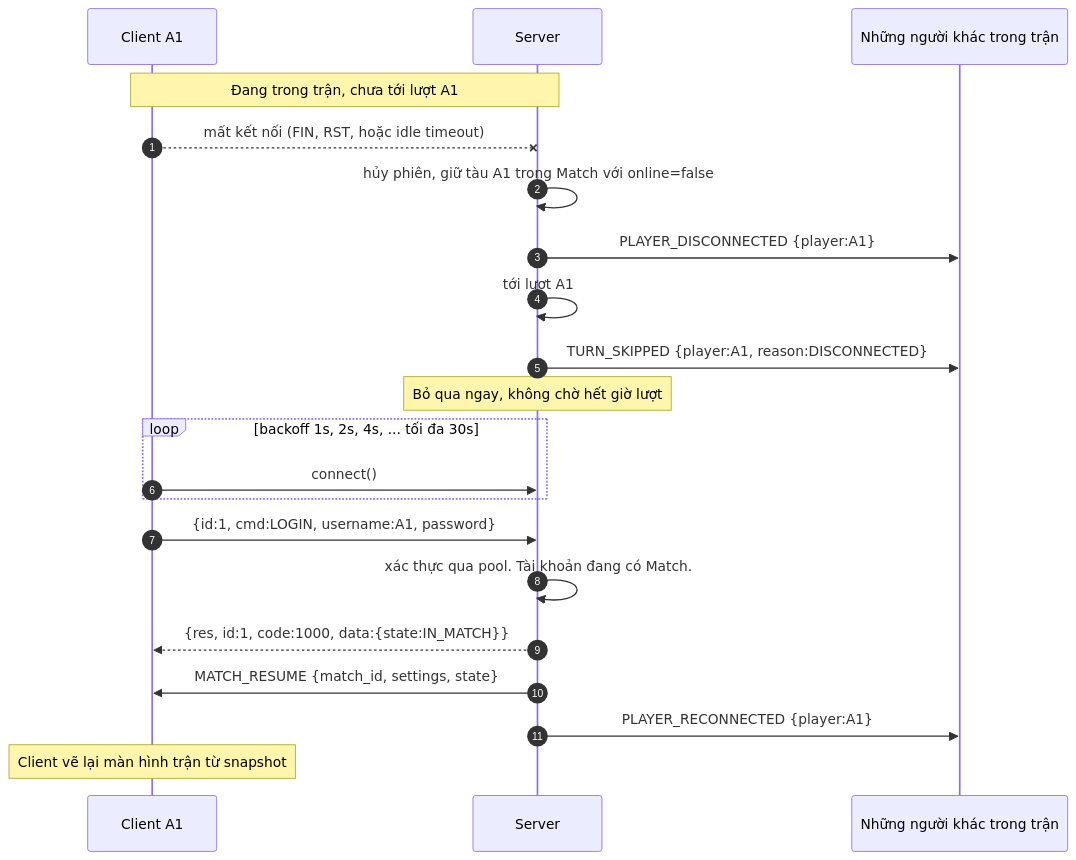
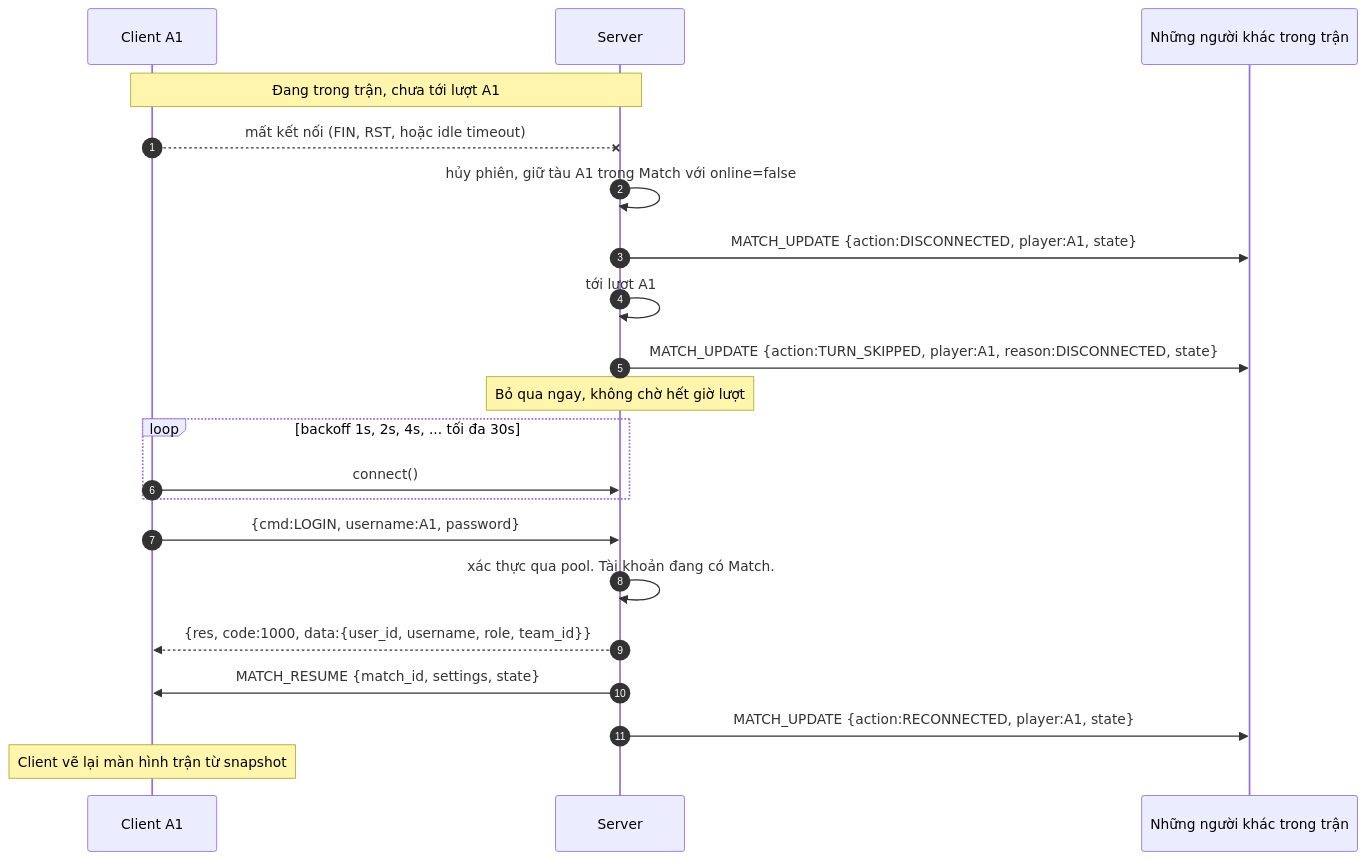
The diagram in Project/docs/design/diagrams/sequence/30-reconnect-in-match.md (dson19/network), drawn with Mermaid before and after one commit. The commit also changed 24 other files, not shown here.

First line of the commit message:
Project: user_id identity, MATCH_UPDATE event, gun slots, PLAYER_LIST; rewrite report tables

````diff
--- a/Project/docs/design/diagrams/sequence/30-reconnect-in-match.md
+++ b/Project/docs/design/diagrams/sequence/30-reconnect-in-match.md
@@ -5,26 +5,26 @@
 ```mermaid
 sequenceDiagram
     autonumber
     participant C as Client A1
     participant S as Server
     participant O as Những người khác trong trận
 
     Note over C,S: Đang trong trận, chưa tới lượt A1
     C--xS: mất kết nối (FIN, RST, hoặc idle timeout)
     S->>S: hủy phiên, giữ tàu A1 trong Match với online=false
-    S->>O: PLAYER_DISCONNECTED {player:A1}
+    S->>O: MATCH_UPDATE {action:DISCONNECTED, player:A1, state}
 
     S->>S: tới lượt A1
-    S->>O: TURN_SKIPPED {player:A1, reason:DISCONNECTED}
+    S->>O: MATCH_UPDATE {action:TURN_SKIPPED, player:A1, reason:DISCONNECTED, state}
     Note over S: Bỏ qua ngay, không chờ hết giờ lượt
 
     loop backoff 1s, 2s, 4s, ... tối đa 30s
         C->>S: connect()
     end
-    C->>S: {id:1, cmd:LOGIN, username:A1, password}
+    C->>S: {cmd:LOGIN, username:A1, password}
     S->>S: xác thực qua pool. Tài khoản đang có Match.
-    S-->>C: {res, id:1, code:1000, data:{state:IN_MATCH}}
+    S-->>C: {res, code:1000, data:{user_id, username, role, team_id}}
     S->>C: MATCH_RESUME {match_id, settings, state}
-    S->>O: PLAYER_RECONNECTED {player:A1}
+    S->>O: MATCH_UPDATE {action:RECONNECTED, player:A1, state}
     Note over C: Client vẽ lại màn hình trận từ snapshot
 ```
````
